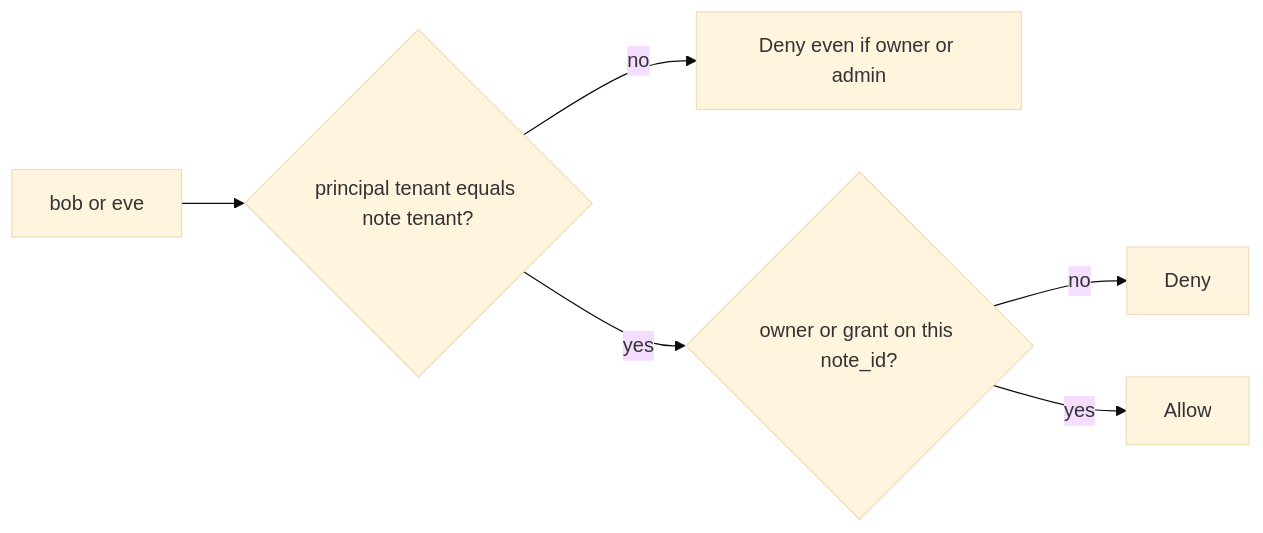
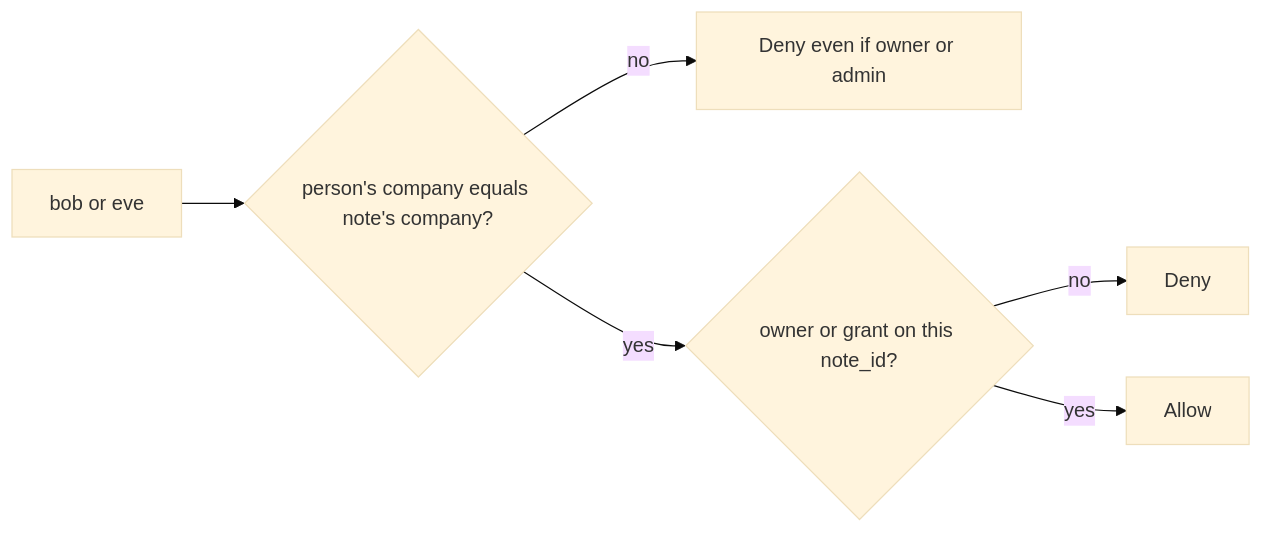
One commit to ishitvagoel/LearnSecurity changed the second of 2 diagrams in content/modules/4/4.4/lessons/01-property.md. Above: the diagram before and after it, drawn with Mermaid (base theme). The commit also changed other lines of this file and 39 other files, not shown here.

````diff
--- a/content/modules/4/4.4/lessons/01-property.md
+++ b/content/modules/4/4.4/lessons/01-property.md
@@ -34,8 +35,8 @@
 ```mermaid
 flowchart LR
-  Subject[bob or eve] --> Tenant{"principal tenant equals note tenant?"}
+  Subject[bob or eve] --> Tenant{"person's company equals note's company?"}
   Tenant -->|no| Cross["Deny even if owner or admin"]
   Tenant -->|yes| Object{"owner or grant on this note_id?"}
   Object -->|no| Deny2[Deny]
   Object -->|yes| Allow[Allow]
 ```
````
